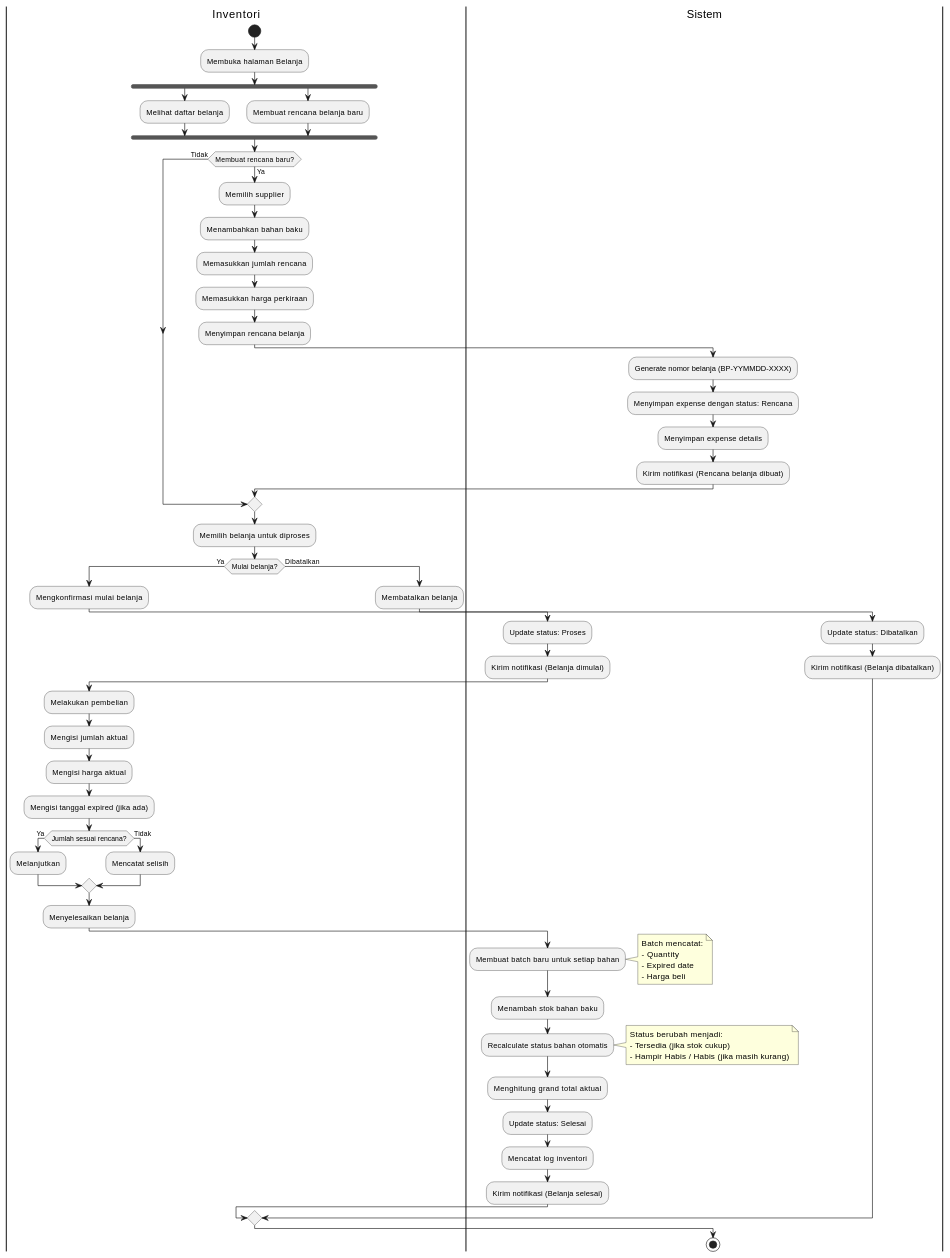
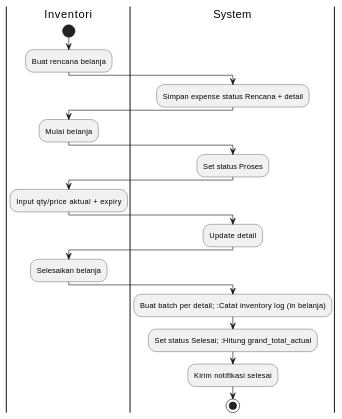
One commit to pawon3d/pawon3d changed the seventh of 9 diagrams in docs/diagrams/02_ACTIVITY_DIAGRAM.md. Above: the diagram before and after it, drawn with PlantUML. The commit also changed other lines of this file and 155 other files, not shown here.

````diff
--- a/docs/diagrams/02_ACTIVITY_DIAGRAM.md
+++ b/docs/diagrams/02_ACTIVITY_DIAGRAM.md
@@ -586,86 +234,24 @@
 ```plantuml
-@startuml Activity Diagram - Proses Belanja Bahan Baku
-
+@startuml Activity - Belanja
 |Inventori|
 start
-:Membuka halaman Belanja;
-
-fork
-    :Melihat daftar belanja;
-fork again
-    :Membuat rencana belanja baru;
-end fork
-
-if (Membuat rencana baru?) then (Ya)
-    :Memilih supplier;
-    :Menambahkan bahan baku;
-    :Memasukkan jumlah rencana;
-    :Memasukkan harga perkiraan;
-    :Menyimpan rencana belanja;
-
-    |Sistem|
-    :Generate nomor belanja (BP-YYMMDD-XXXX);
-    :Menyimpan expense dengan status: Rencana;
-    :Menyimpan expense details;
-    :Kirim notifikasi (Rencana belanja dibuat);
-
-else (Tidak)
-endif
-
+:Buat rencana belanja;
+|System|
+:Simpan expense status Rencana + detail;
 |Inventori|
-:Memilih belanja untuk diproses;
-
-if (Mulai belanja?) then (Ya)
-    :Mengkonfirmasi mulai belanja;
-
-    |Sistem|
-    :Update status: Proses;
-    :Kirim notifikasi (Belanja dimulai);
-
-    |Inventori|
-    :Melakukan pembelian;
-    :Mengisi jumlah aktual;
-    :Mengisi harga aktual;
-    :Mengisi tanggal expired (jika ada);
-
-    if (Jumlah sesuai rencana?) then (Ya)
-        :Melanjutkan;
-    else (Tidak)
-        :Mencatat selisih;
-    endif
-
-    :Menyelesaikan belanja;
-
-    |Sistem|
-    :Membuat batch baru untuk setiap bahan;
-    note right
-      Batch mencatat:
-      - Quantity
-      - Expired date
-      - Harga beli
-    end note
-    :Menambah stok bahan baku;
-    :Recalculate status bahan otomatis;
-    note right
-      Status berubah menjadi:
-      - Tersedia (jika stok cukup)
-      - Hampir Habis / Habis (jika masih kurang)
-    end note
-    :Menghitung grand total aktual;
-    :Update status: Selesai;
-    :Mencatat log inventori;
-    :Kirim notifikasi (Belanja selesai);
-
-else (Dibatalkan)
-    |Inventori|
-    :Membatalkan belanja;
-
-    |Sistem|
-    :Update status: Dibatalkan;
-    :Kirim notifikasi (Belanja dibatalkan);
-endif
-
+:Mulai belanja;
+|System|
+:Set status Proses;
+|Inventori|
+:Input qty/price aktual + expiry;
+|System|
+:Update detail;
+|Inventori|
+:Selesaikan belanja;
+|System|
+:Buat batch per detail; :Catat inventory log (in belanja);
+:Set status Selesai; :Hitung grand_total_actual;
+:Kirim notifikasi selesai;
 stop
-
 @enduml
 ```
````
